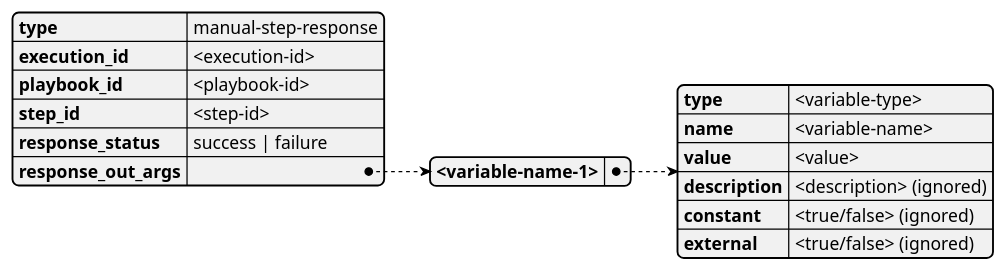
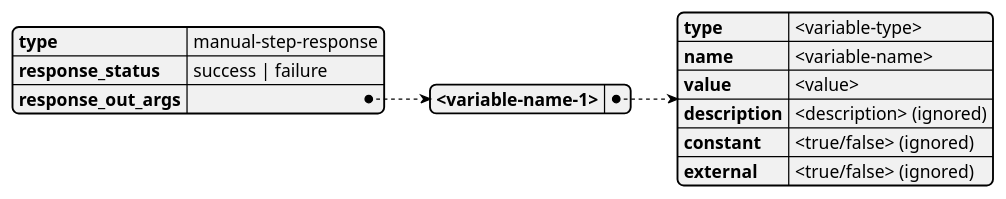
One commit to COSSAS/SOARCA changed the fourth of 4 diagrams in docs/content/en/docs/core-components/api-manual.md. Above: the diagram before and after it, drawn with PlantUML. The commit also changed other lines of this file and 3 other files, not shown here.

````diff
--- a/docs/content/en/docs/core-components/api-manual.md
+++ b/docs/content/en/docs/core-components/api-manual.md
@@ -171,23 +208,20 @@
 ```plantuml
 @startjson
 
     {
         "type" :        "manual-step-response",
-        "execution_id" : "<execution-id>",
-        "playbook_id" :  "<playbook-id>",
-        "step_id" :  "<step-id>",
         "response_status" : "success | failure",
         "response_out_args":    {
             "<variable-name-1>" : {
                 "type":         "<variable-type>",
                 "name":         "<variable-name>",
                 "value":        "<value>",
                 "description":  "<description> (ignored)",
                 "constant":     "<true/false> (ignored)",
                 "external":     "<true/false> (ignored)"
             }
         }
     }
 
 @endjson
 ```
````
